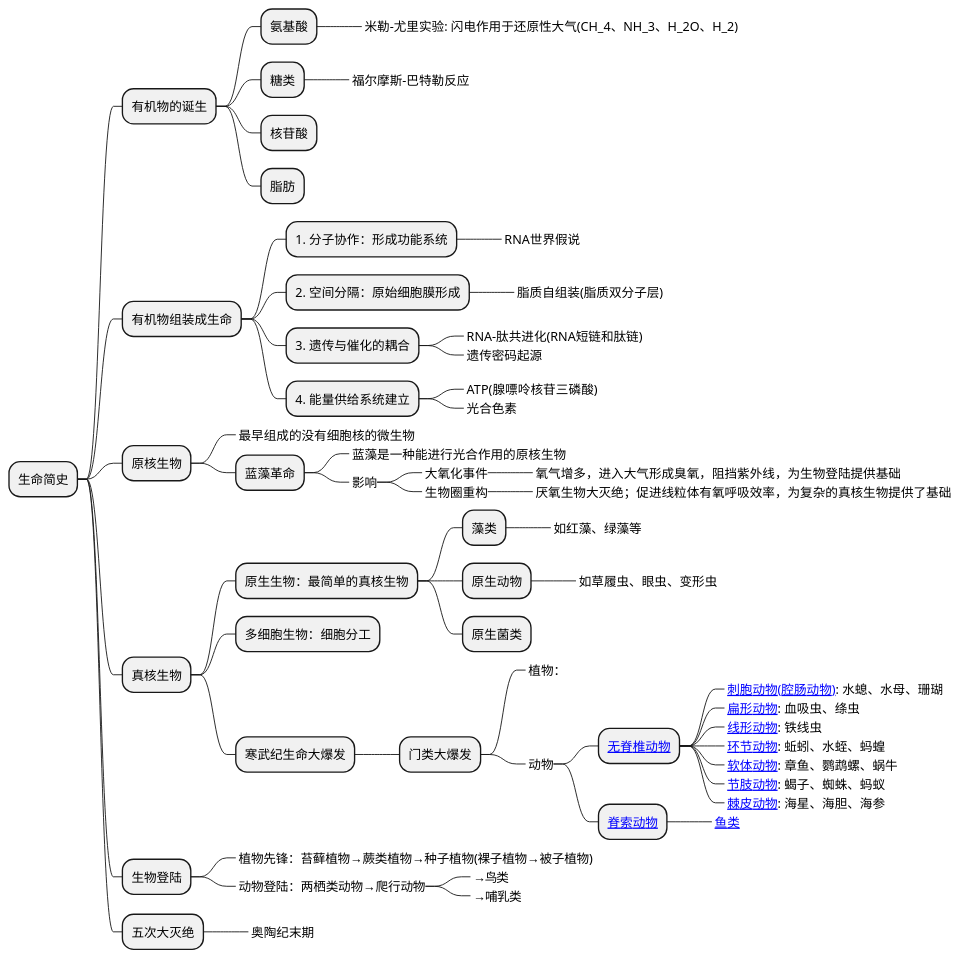
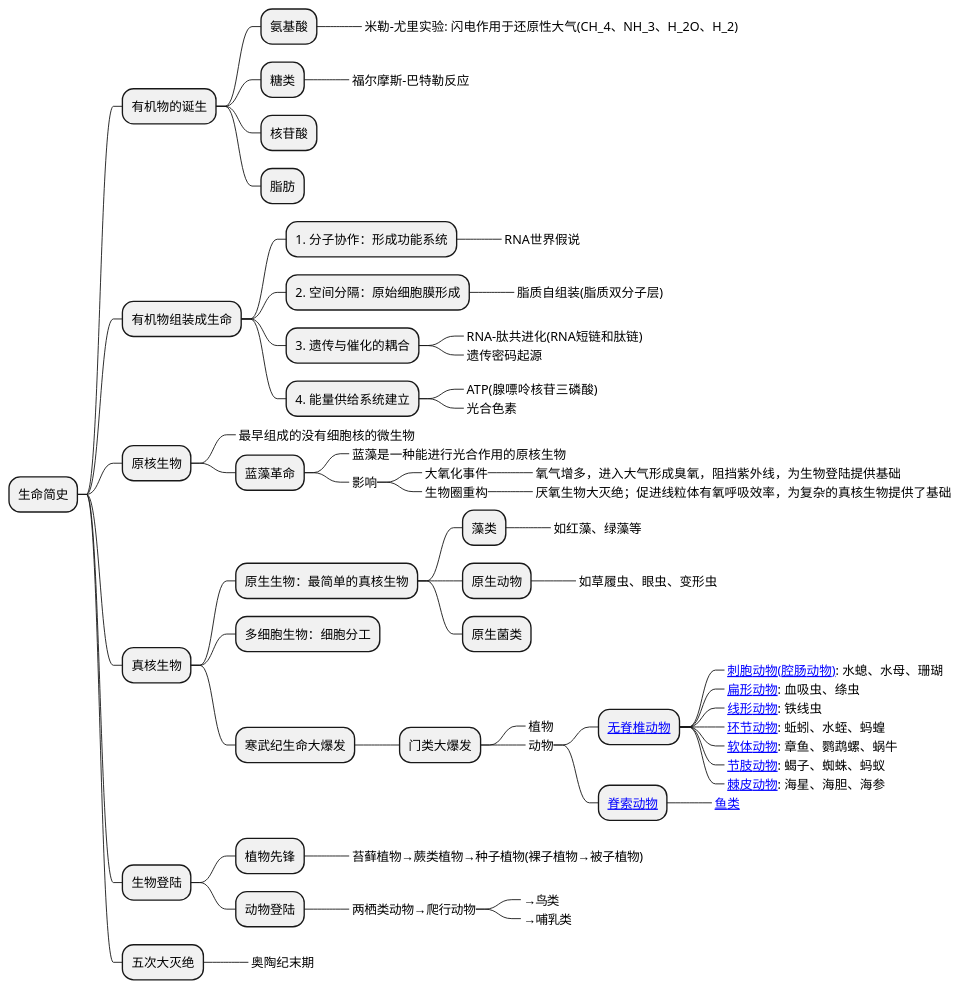
Before and after one commit to holmofy/blog.hufeifei.cn: the diagram in source/_posts/history/life-history.md, drawn with PlantUML. The commit also changed other lines of this file, not shown here.

````diff
--- a/source/_posts/history/life-history.md
+++ b/source/_posts/history/life-history.md
@@ -15,61 +15,63 @@
 ```plantuml
 @startmindmap
 + 生命简史
 ++ 有机物的诞生
 +++ 氨基酸
 ++++_ 米勒-尤里实验: 闪电作用于还原性大气(CH_4、NH_3、H_2O、H_2)
 +++ 糖类
 ++++_ 福尔摩斯-巴特勒反应
 +++ 核苷酸
 +++ 脂肪
 ++ 有机物组装成生命
 +++ 1. 分子协作：形成功能系统
 ++++_ RNA世界假说
 +++ 2. 空间分隔：原始细胞膜形成
 ++++_ 脂质自组装(脂质双分子层)
 +++ 3. 遗传与催化的耦合
 ++++_ RNA-肽共进化(RNA短链和肽链)
 ++++_ 遗传密码起源
 +++ 4. 能量供给系统建立
 ++++_ ATP(腺嘌呤核苷三磷酸)
 ++++_ 光合色素
 ++ 原核生物
 +++_ 最早组成的没有细胞核的微生物
 +++ 蓝藻革命
 ++++_ 蓝藻是一种能进行光合作用的原核生物
 ++++_ 影响
 +++++_ 大氧化事件
 ++++++_ 氧气增多，进入大气形成臭氧，阻挡紫外线，为生物登陆提供基础
 +++++_ 生物圈重构
 ++++++_ 厌氧生物大灭绝；促进线粒体有氧呼吸效率，为复杂的真核生物提供了基础
 ++ 真核生物
 +++ 原生生物：最简单的真核生物
 ++++ 藻类
 +++++_ 如红藻、绿藻等
 ++++ 原生动物
 +++++_ 如草履虫、眼虫、变形虫
 ++++ 原生菌类
 +++ 多细胞生物：细胞分工
 +++ 寒武纪生命大爆发
 ++++ 门类大爆发
-+++++_ 植物：
++++++_ 植物
 +++++_ 动物
 ++++++ [[https://baike.baidu.com/item/无脊椎动物/149803 无脊椎动物]]
 +++++++_ [[https://baike.baidu.com/item/刺胞动物门 刺胞动物(腔肠动物)]]: 水螅、水母、珊瑚
 +++++++_ [[https://baike.baidu.com/item/扁形动物门 扁形动物]]: 血吸虫、绦虫
 +++++++_ [[https://baike.baidu.com/item/线形动物门 线形动物]]: 铁线虫
 +++++++_ [[https://baike.baidu.com/item/环节动物 环节动物]]: 蚯蚓、水蛭、蚂蝗
 +++++++_ [[https://baike.baidu.com/item/软体动物 软体动物]]: 章鱼、鹦鹉螺、蜗牛
 +++++++_ [[https://baike.baidu.com/item/节肢动物门 节肢动物]]: 蝎子、蜘蛛、蚂蚁
 +++++++_ [[https://baike.baidu.com/item/棘皮动物门 棘皮动物]]: 海星、海胆、海参
 ++++++ [[https://baike.baidu.com/item/脊索动物门 脊索动物]]
 +++++++_ [[https://baike.baidu.com/item/鱼类/524517 鱼类]]
 ++ 生物登陆
-+++_ 植物先锋：苔藓植物→蕨类植物→种子植物(裸子植物→被子植物)
-+++_ 动物登陆：两栖类动物→爬行动物
-++++_ →鸟类
-++++_ →哺乳类
++++ 植物先锋
+++++_ 苔藓植物→蕨类植物→种子植物(裸子植物→被子植物)
++++ 动物登陆
+++++_ 两栖类动物→爬行动物
++++++_ →鸟类
++++++_ →哺乳类
 ++ 五次大灭绝
 +++_ 奥陶纪末期
 @endmindmap
 ```
````
